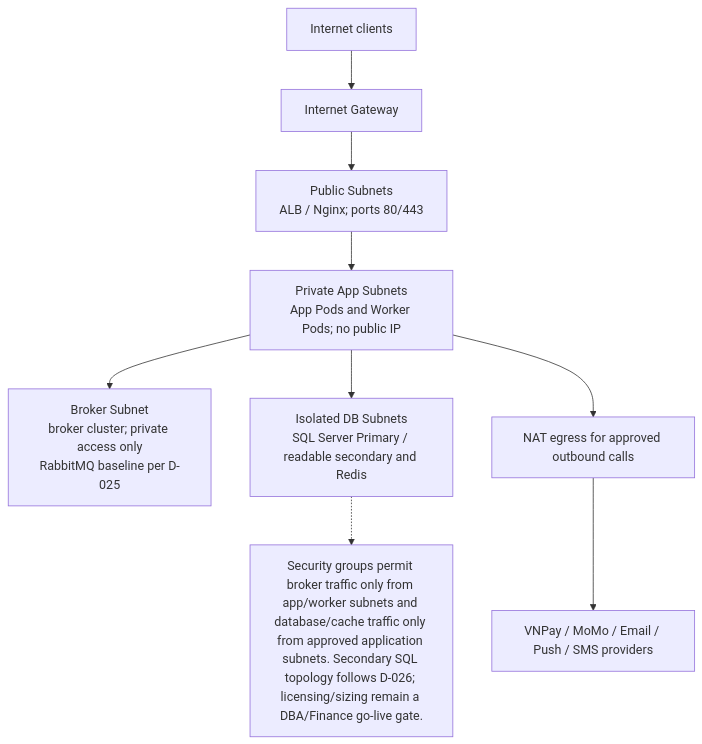
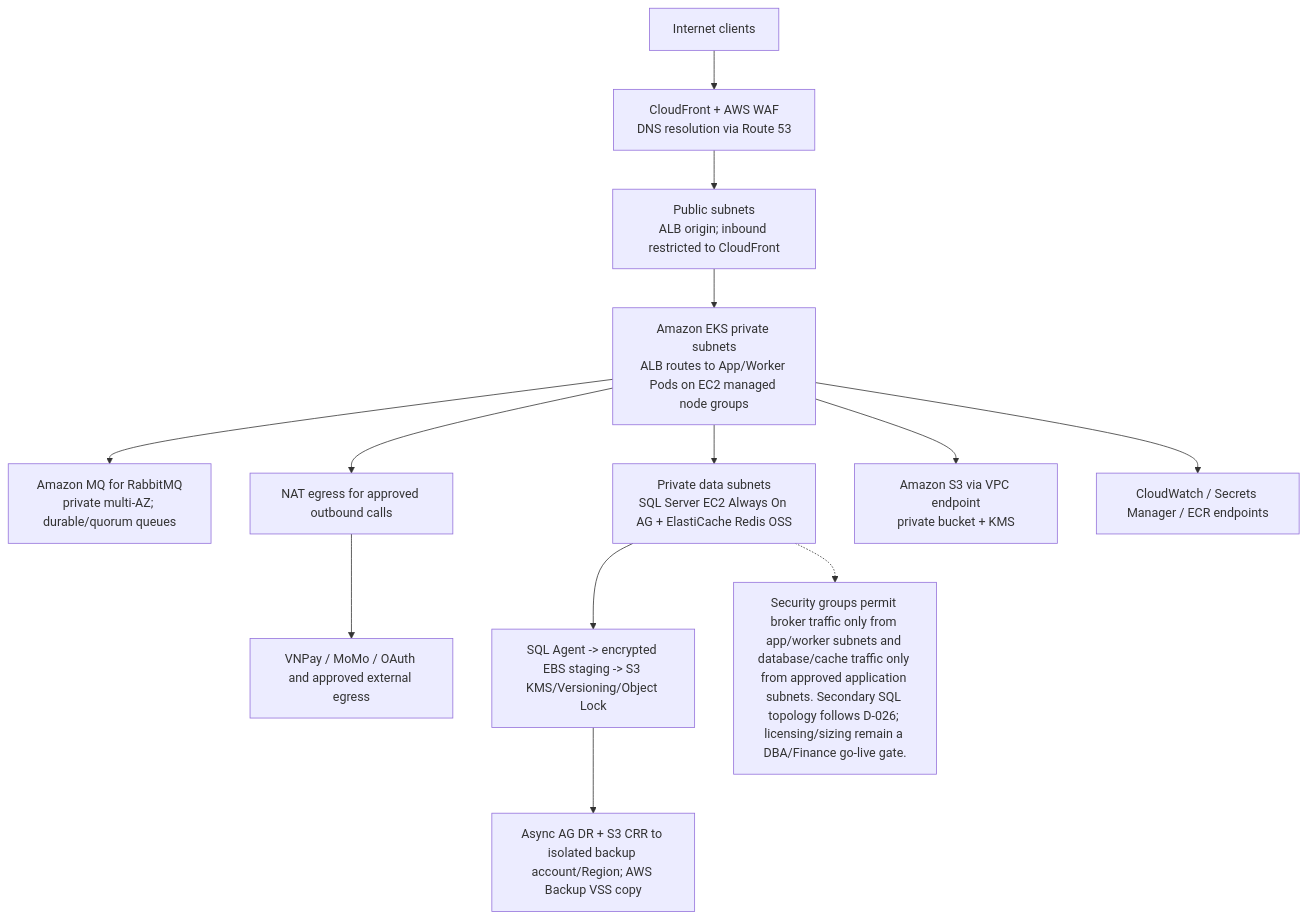
One commit to toanteng11/concert-ticketing-docs changed the first of 2 diagrams in business-analysis/06_System_Design_And_Tools_(Architecture_And_Tools)/07_Deployment_And_Operations_Architecture.md. Above: the diagram before and after it, drawn with Mermaid. The commit also changed other lines of this file and 43 other files, not shown here.

````diff
--- a/business-analysis/06_System_Design_And_Tools_(Architecture_And_Tools)/07_Deployment_And_Operations_Architecture.md
+++ b/business-analysis/06_System_Design_And_Tools_(Architecture_And_Tools)/07_Deployment_And_Operations_Architecture.md
@@ -205,11 +205,15 @@
 ```mermaid
 flowchart TB
-  internet["Internet clients"] --> igw["Internet Gateway"] --> public["Public Subnets<br/>ALB / Nginx; ports 80/443"]
-  public --> app["Private App Subnets<br/>App Pods and Worker Pods; no public IP"]
-  app --> broker["Broker Subnet<br/>broker cluster; private access only<br/>RabbitMQ baseline per D-025"]
-  app --> data["Isolated DB Subnets<br/>SQL Server Primary / readable secondary and Redis"]
+  internet["Internet clients"] --> edge["CloudFront + AWS WAF<br/>DNS resolution via Route 53"] --> public["Public subnets<br/>ALB origin; inbound restricted to CloudFront"]
+  public --> app["Amazon EKS private subnets<br/>ALB routes to App/Worker Pods on EC2 managed node groups"]
+  app --> broker["Amazon MQ for RabbitMQ<br/>private multi-AZ; durable/quorum queues"]
+  app --> data["Private data subnets<br/>SQL Server EC2 Always On AG + ElastiCache Redis OSS"]
   app --> nat["NAT egress for approved outbound calls"]
-  nat --> providers["VNPay / MoMo / Email / Push / SMS providers"]
+  nat --> providers["VNPay / MoMo / OAuth and approved external egress"]
+  app --> s3["Amazon S3 via VPC endpoint<br/>private bucket + KMS"]
+  app --> cw["CloudWatch / Secrets Manager / ECR endpoints"]
+  data --> backup["SQL Agent -> encrypted EBS staging -> S3 KMS/Versioning/Object Lock"]
+  backup --> dr["Async AG DR + S3 CRR to isolated backup account/Region; AWS Backup VSS copy"]
   note["Security groups permit broker traffic only from app/worker subnets and database/cache traffic only from approved application subnets. Secondary SQL topology follows D-026; licensing/sizing remain a DBA/Finance go-live gate."]
   data -.-> note
 ```
````
